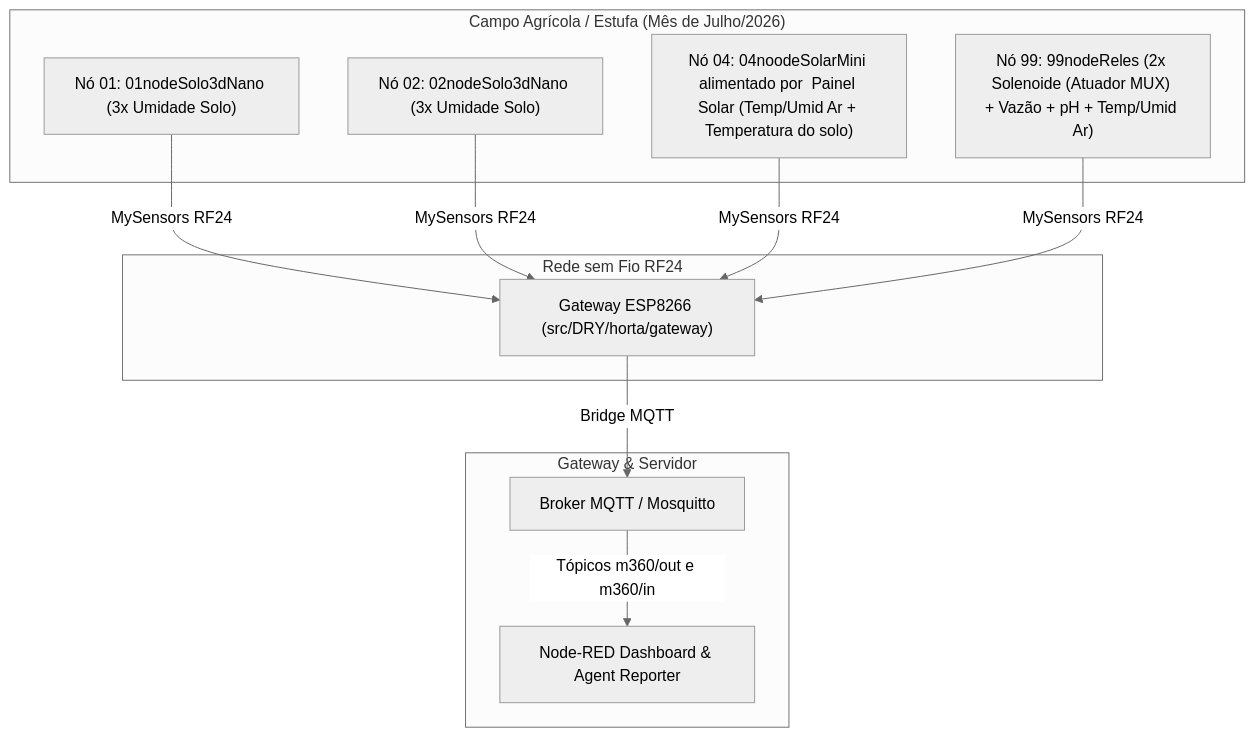
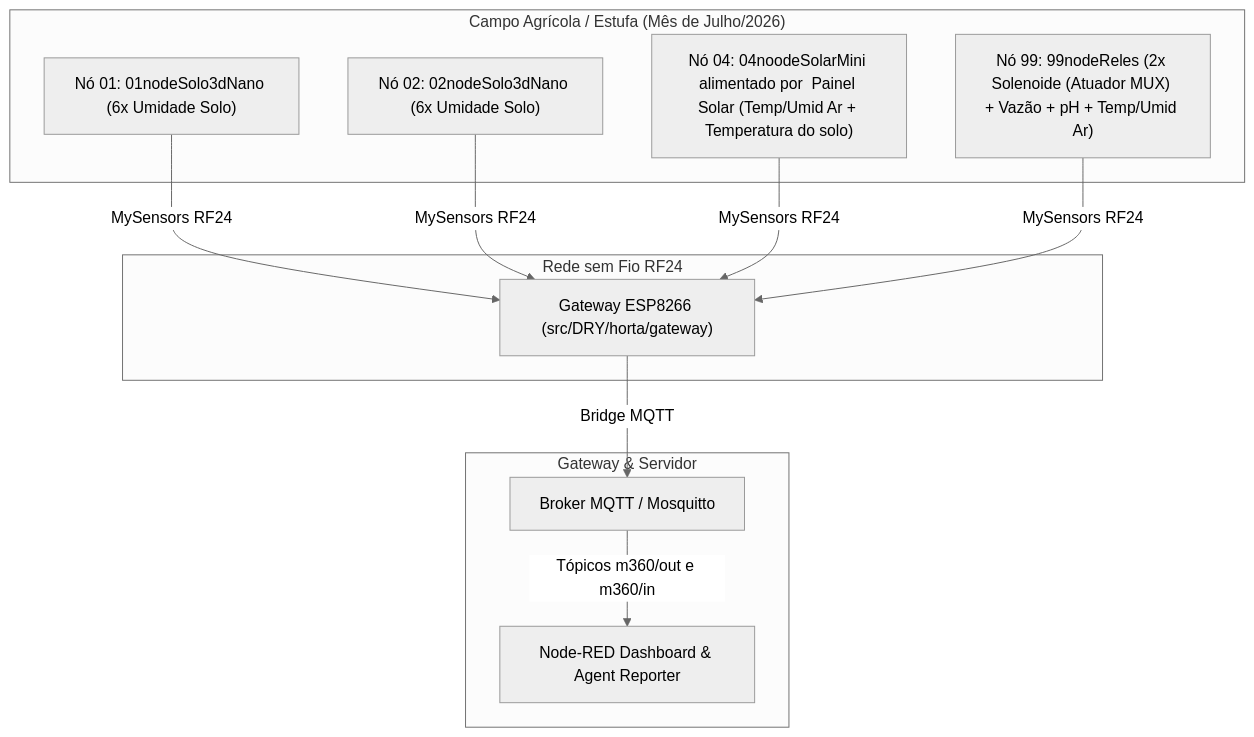
One commit to heliomx/m360_horta changed the diagram in docs/relatorio/index.md. Above: the diagram before and after it, drawn with Mermaid (neutral theme). The commit also changed other lines of this file and 9 other files, not shown here.

````diff
--- a/docs/relatorio/index.md
+++ b/docs/relatorio/index.md
@@ -13,21 +13,21 @@
 ```mermaid
 graph TD
     subgraph Campo ["Campo Agrícola / Estufa (Mês de Julho/2026)"]
-        N01["Nó 01: 01nodeSolo3dNano (3x Umidade Solo)"]
-        N02["Nó 02: 02nodeSolo3dNano (3x Umidade Solo)"]
+        N01["Nó 01: 01nodeSolo3dNano (6x Umidade Solo)"]
+        N02["Nó 02: 02nodeSolo3dNano (6x Umidade Solo)"]
         N04["Nó 04: 04noodeSolarMini alimentado por  Painel Solar (Temp/Umid Ar + Temperatura do solo)"]
         N99["Nó 99: 99nodeReles (2x Solenoide (Atuador MUX) + Vazão + pH + Temp/Umid Ar)"]
     end
 
     subgraph RF24 ["Rede sem Fio RF24"]
         N01 -->|MySensors RF24| GW
         N02 -->|MySensors RF24| GW
         N04 -->|MySensors RF24| GW
         N99 -->|MySensors RF24| GW
     end
 
     subgraph Infra ["Gateway & Servidor"]
         GW["Gateway ESP8266 (src/DRY/horta/gateway)"] -->|Bridge MQTT| Broker["Broker MQTT / Mosquitto"]
         Broker -->|Tópicos m360/out e m360/in| NR["Node-RED Dashboard & Agent Reporter"]
     end
 ```
````
